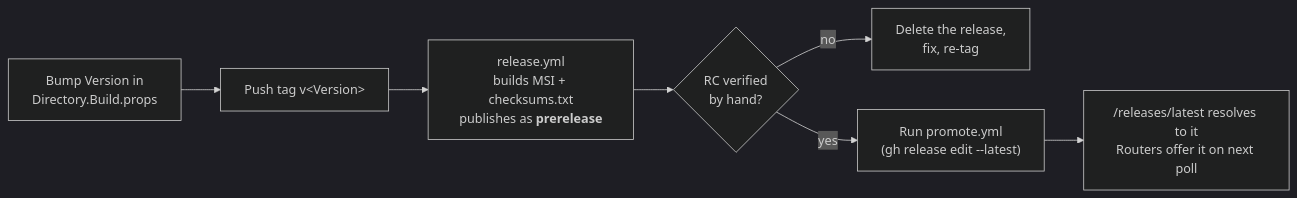
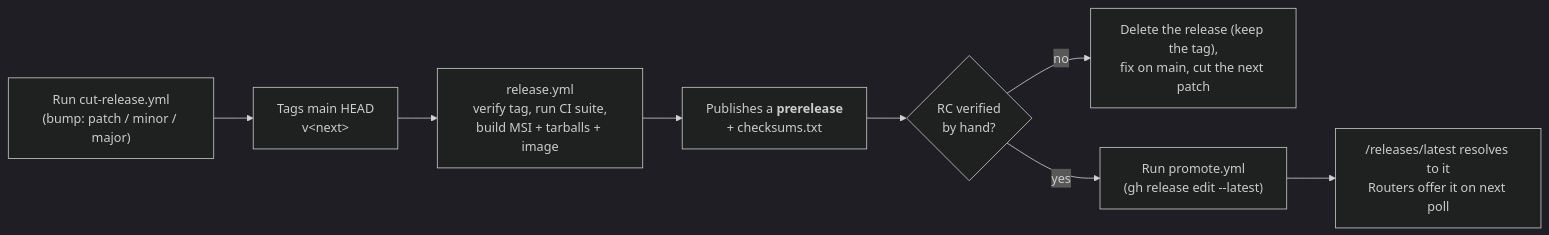
The diagram in docs/router/packaging-and-distribution.md (davidpizon/TotallyHot-ArcRouter), drawn with Mermaid (dark theme) before and after one commit. The commit also changed other lines of this file and 12 other files, not shown here.

````diff
--- a/docs/router/packaging-and-distribution.md
+++ b/docs/router/packaging-and-distribution.md
@@ -217,9 +251,10 @@
 ```mermaid
 flowchart LR
-    A["Bump Version in<br/>Directory.Build.props"] --> B["Push tag v&lt;Version&gt;"]
-    B --> C["release.yml<br/>builds MSI + checksums.txt<br/>publishes as <b>prerelease</b>"]
-    C --> D{"RC verified<br/>by hand?"}
-    D -- "no" --> E["Delete the release,<br/>fix, re-tag"]
-    D -- "yes" --> F["Run promote.yml<br/>(gh release edit --latest)"]
-    F --> G["/releases/latest resolves to it<br/>Routers offer it on next poll"]
+    A["Run cut-release.yml<br/>(bump: patch / minor / major)"] --> B["Tags main HEAD<br/>v&lt;next&gt;"]
+    B --> C["release.yml<br/>verify tag, run CI suite,<br/>build MSI + tarballs + image"]
+    C --> D["Publishes a <b>prerelease</b><br/>+ checksums.txt"]
+    D --> E{"RC verified<br/>by hand?"}
+    E -- "no" --> F["Delete the release (keep the tag),<br/>fix on main, cut the next patch"]
+    E -- "yes" --> G["Run promote.yml<br/>(gh release edit --latest)"]
+    G --> H["/releases/latest resolves to it<br/>Routers offer it on next poll"]
 ```
````
